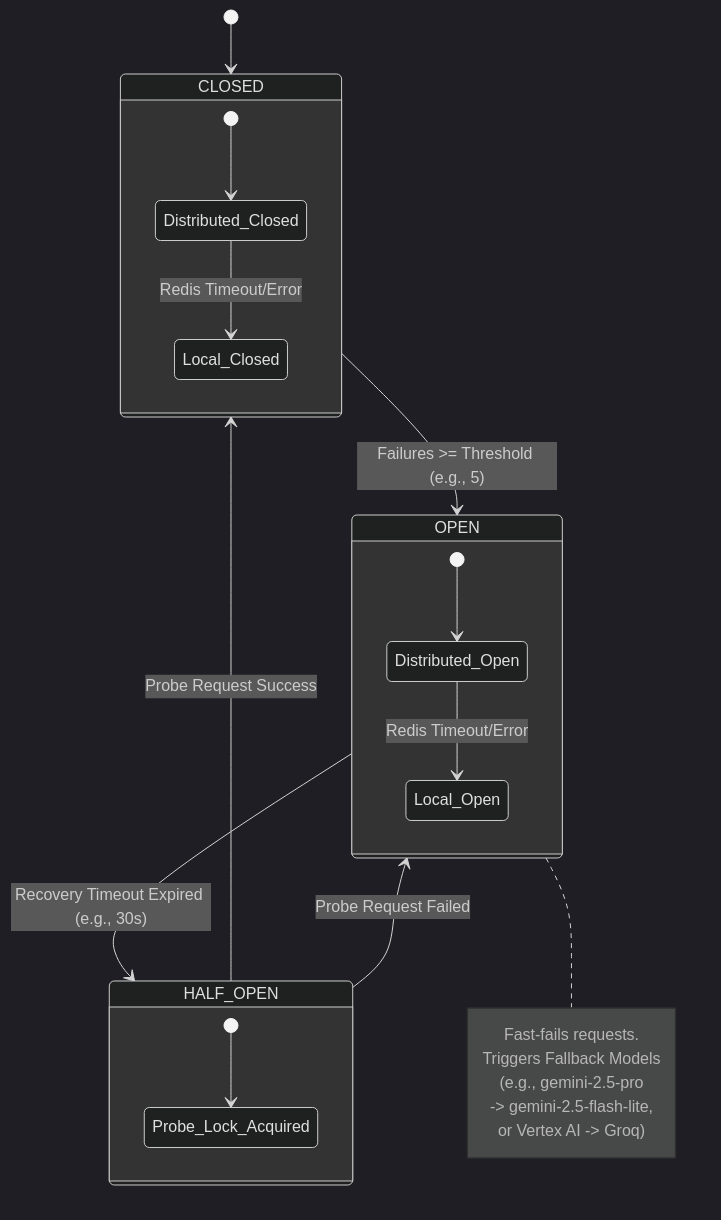
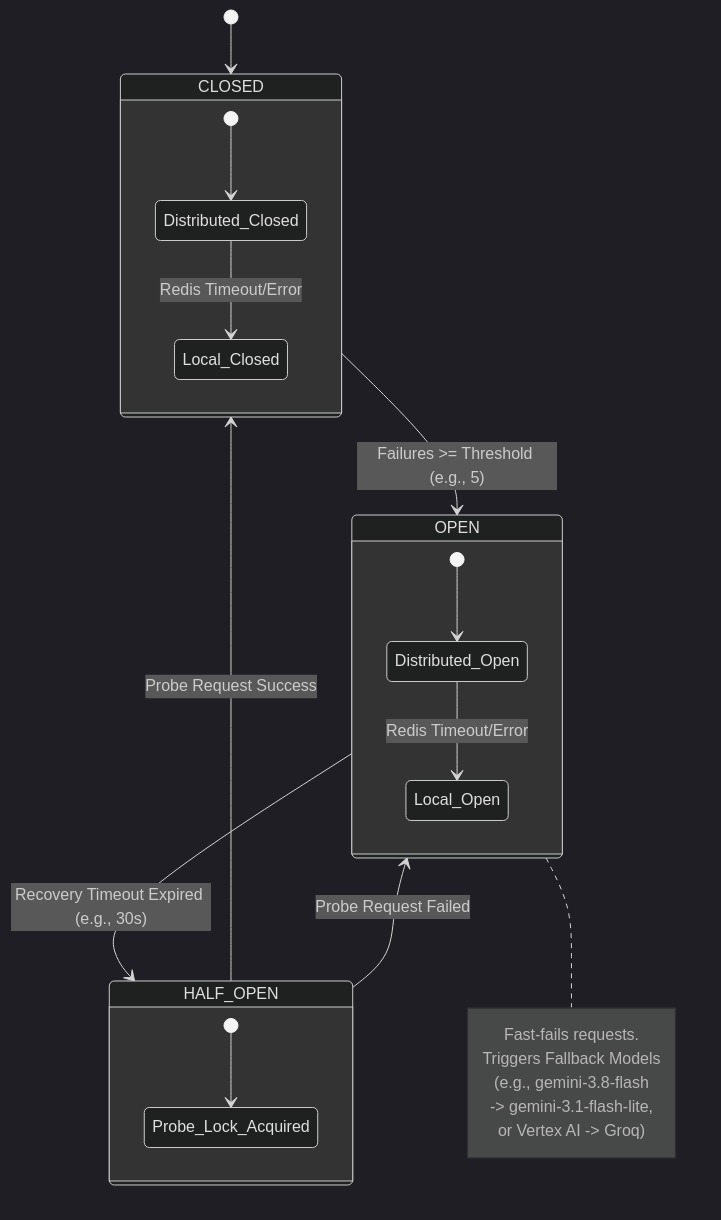
Before and after one commit to JMMAILabs/frugal-fortress-architecture: the diagram in docs/diagrams/core/circuit_breaker_state.md, drawn with Mermaid (dark theme). The commit also changed 20 other files, not shown here.

````diff
--- a/docs/diagrams/core/circuit_breaker_state.md
+++ b/docs/diagrams/core/circuit_breaker_state.md
@@ -4,32 +4,32 @@
 ```mermaid
 stateDiagram-v2
     [*] --> CLOSED
 
     state CLOSED {
         [*] --> Distributed_Closed
         Distributed_Closed --> Local_Closed : Redis Timeout/Error
     }
 
     state OPEN {
         [*] --> Distributed_Open
         Distributed_Open --> Local_Open : Redis Timeout/Error
     }
 
     state HALF_OPEN {
         [*] --> Probe_Lock_Acquired
     }
 
     CLOSED --> OPEN : Failures >= Threshold (e.g., 5)
     OPEN --> HALF_OPEN : Recovery Timeout Expired (e.g., 30s)
 
     HALF_OPEN --> CLOSED : Probe Request Success
     HALF_OPEN --> OPEN : Probe Request Failed
 
     Note right of OPEN
         Fast-fails requests.
         Triggers Fallback Models
-        (e.g., gemini-2.5-pro
-        -> gemini-2.5-flash-lite,
+        (e.g., gemini-3.8-flash
+        -> gemini-3.1-flash-lite,
         or Vertex AI -> Groq)
     end note
 ```
````
